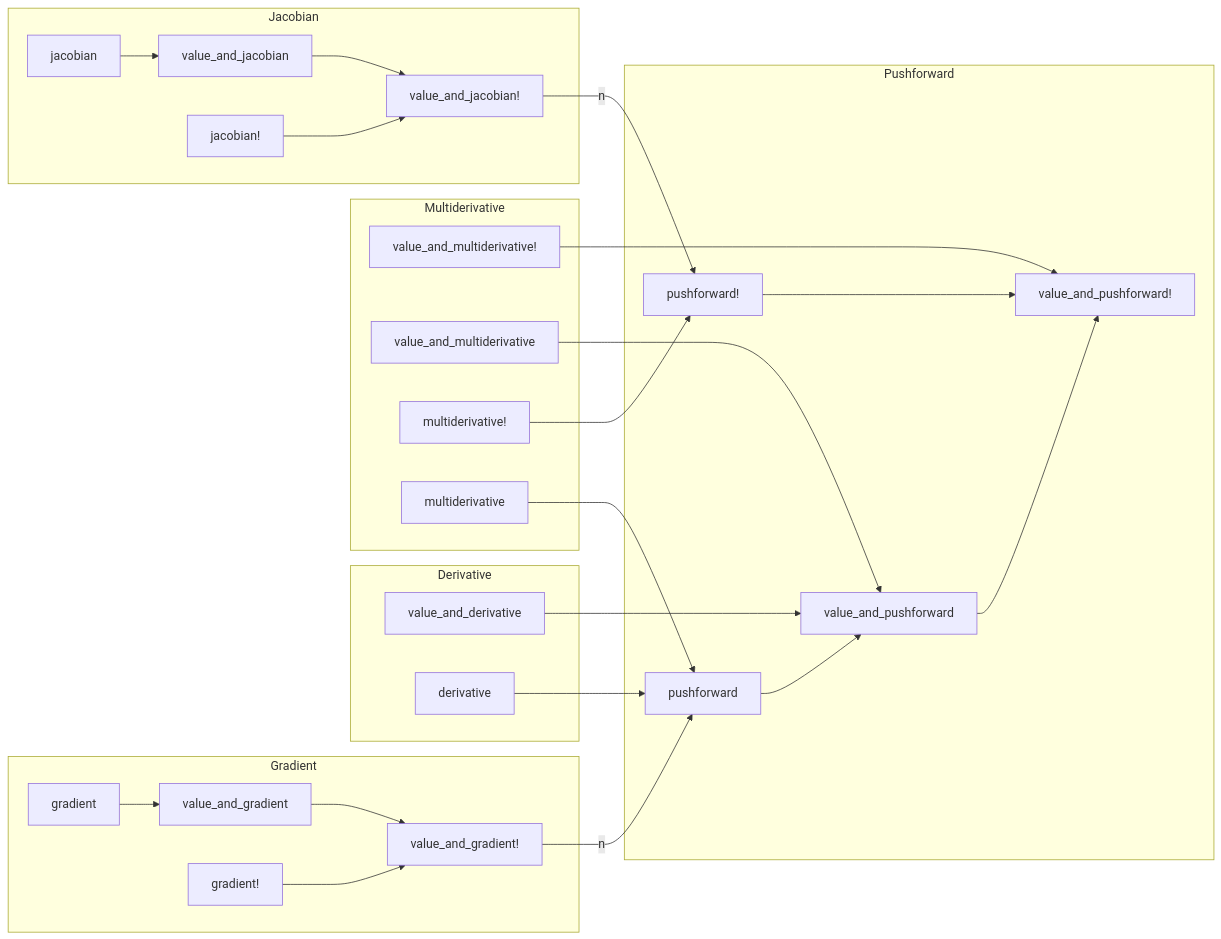
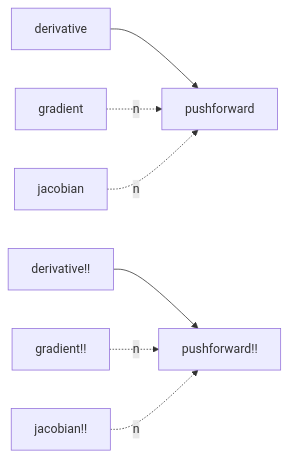
Before and after one commit to gdalle/DifferentiationInterface.jl: the first of 2 diagrams in docs/src/developer.md, drawn with Mermaid. The commit also changed other lines of this file and 75 other files, not shown here.

````diff
--- a/docs/src/developer.md
+++ b/docs/src/developer.md
@@ -26,44 +29,9 @@
 ```mermaid
 flowchart LR
-    subgraph Derivative
-        value_and_derivative
-        derivative
-    end
-
-    value_and_derivative --> value_and_pushforward
     derivative --> pushforward
-    
-    subgraph Multiderivative
-        value_and_multiderivative!
-        value_and_multiderivative
-        multiderivative!
-        multiderivative
-    end
-
-    value_and_multiderivative! --> value_and_pushforward!
-    value_and_multiderivative --> value_and_pushforward
-    multiderivative! --> pushforward!
-    multiderivative --> pushforward
-
-    subgraph Gradient
-        value_and_gradient --> value_and_gradient!
-        gradient! --> value_and_gradient!
-        gradient --> value_and_gradient
-    end
-
-    value_and_gradient! --> |n|pushforward
-
-    subgraph Jacobian
-        value_and_jacobian --> value_and_jacobian!
-        jacobian! --> value_and_jacobian!
-        jacobian --> value_and_jacobian
-    end
-
-    value_and_jacobian! --> |n|pushforward!
-
-    subgraph Pushforward
-        value_and_pushforward --> value_and_pushforward!
-        pushforward! --> value_and_pushforward!
-        pushforward --> value_and_pushforward
-    end
+    derivative!! --> pushforward!!
+    gradient .-> |n|pushforward
+    gradient!! .-> |n|pushforward!!
+    jacobian .-> |n|pushforward
+    jacobian!! .-> |n|pushforward!!
 ```
````
